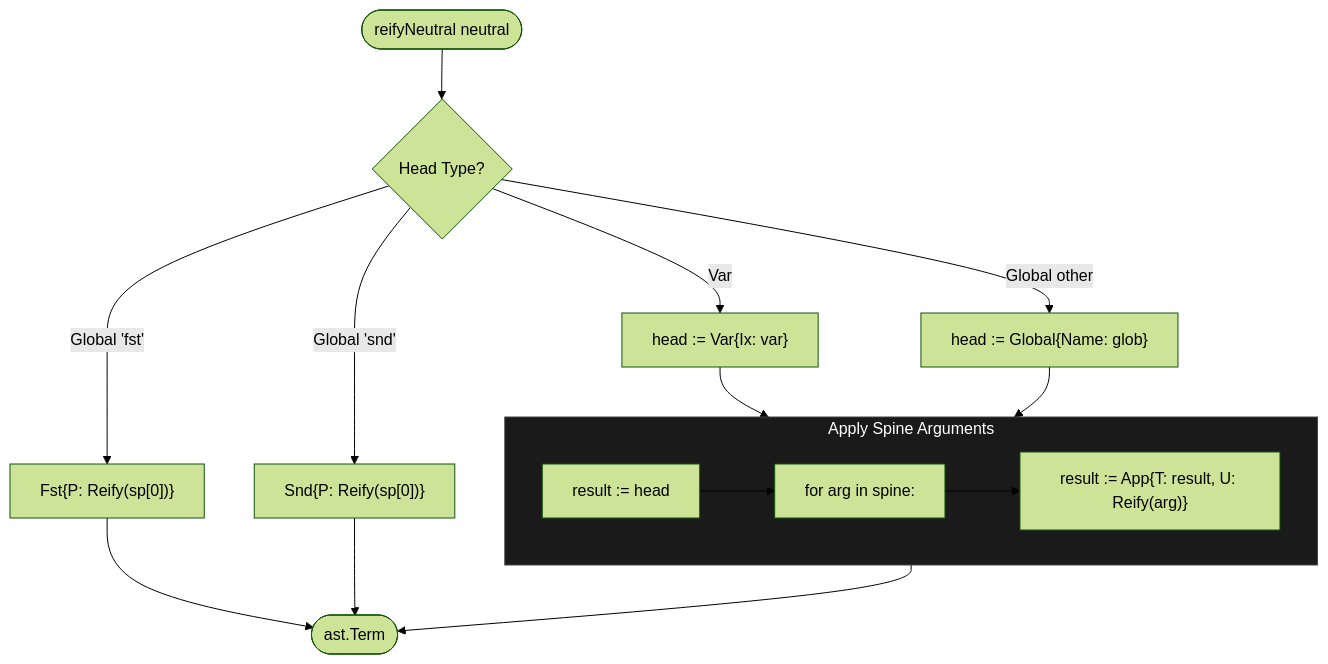
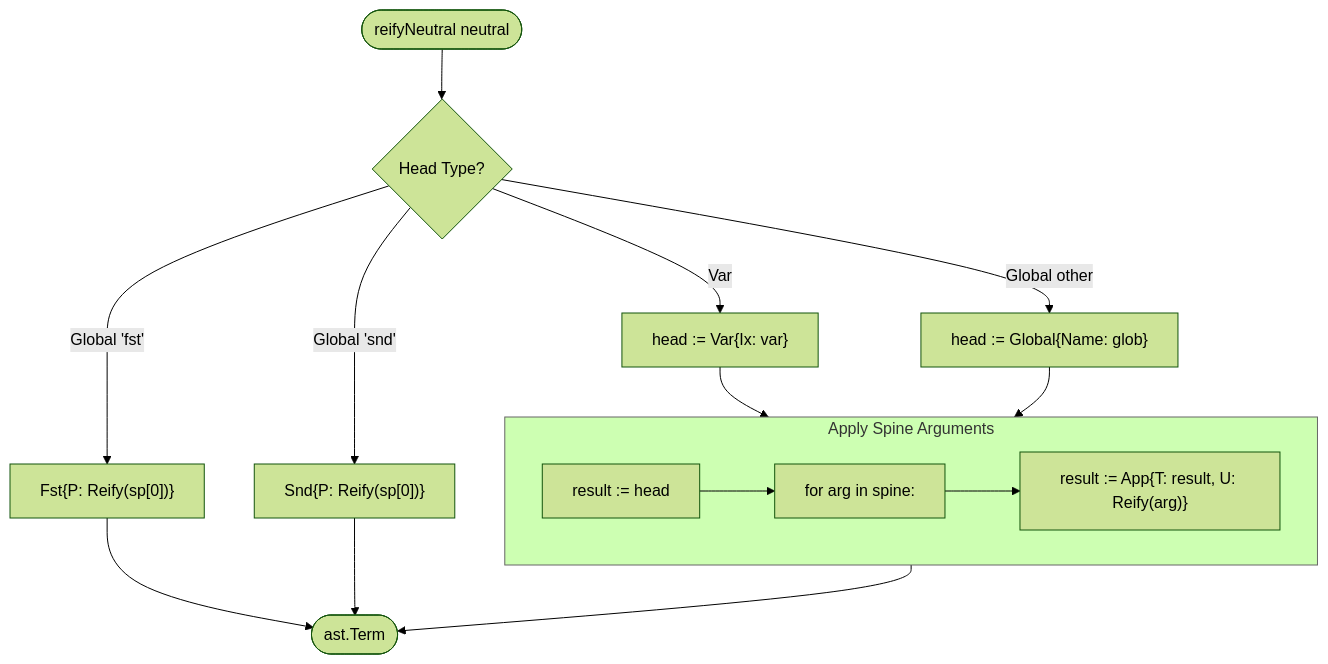
Before and after one commit to watchthelight/HypergraphGo: diagram 17 of 26 in DIAGRAMS.md, drawn with Mermaid (forest theme). The commit also changed other lines of this file and 1 other file, not shown here.

Commit message:
Diagram updates

````diff
--- a/DIAGRAMS.md
+++ b/DIAGRAMS.md
@@ -1078,25 +1328,25 @@
 ```mermaid
 flowchart TB
     Start([reifyNeutral neutral]) --> HeadType{Head Type?}
 
     HeadType -->|Var| CreateVar["head := Var{Ix: var}"]
     HeadType -->|Global 'fst'| CreateFst["Fst{P: Reify(sp[0])}"]
     HeadType -->|Global 'snd'| CreateSnd["Snd{P: Reify(sp[0])}"]
     HeadType -->|Global other| CreateGlobal["head := Global{Name: glob}"]
 
     CreateVar --> ApplySpine
     CreateGlobal --> ApplySpine
 
     subgraph ApplySpine["Apply Spine Arguments"]
         AS1["result := head"]
         AS2["for arg in spine:"]
         AS3["  result := App{T: result, U: Reify(arg)}"]
         AS1 --> AS2 --> AS3
     end
 
     ApplySpine --> Result([ast.Term])
     CreateFst --> Result
     CreateSnd --> Result
 
-    style ApplySpine fill:#1a1a1a,stroke:#444,color:#fff
+    style ApplySpine stroke:#666
 ```
````
